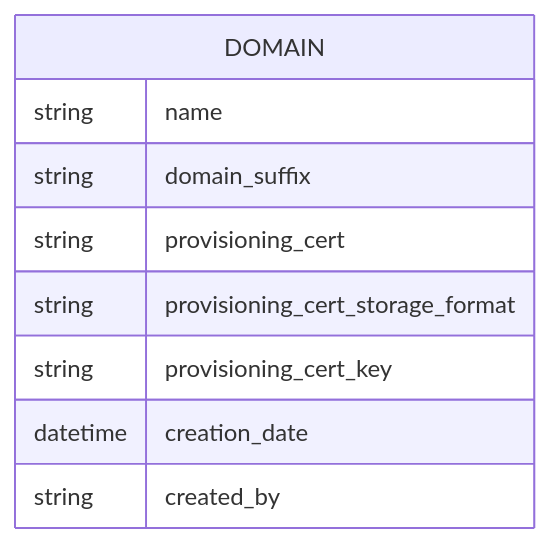
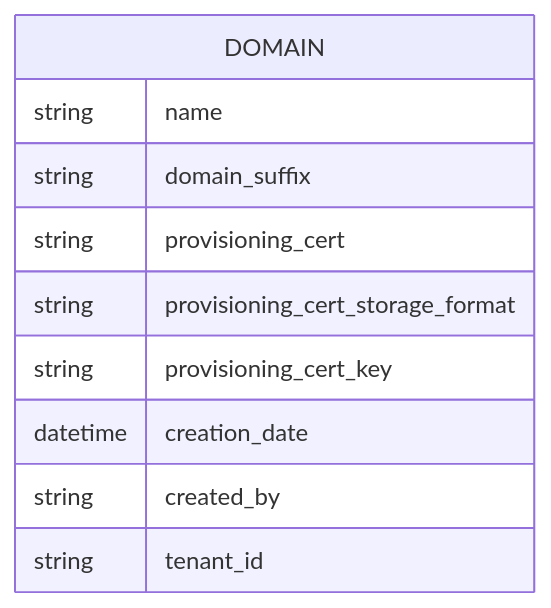
The first of 3 diagrams in docs/Deployment/database.md (open-amt-cloud-toolkit/docs), drawn with Mermaid before and after one commit. The commit also changed other lines of this file, not shown here.

Commit message:
fix(database): add missing fields to ciraconfigs and domains (#158)

````diff
--- a/docs/Deployment/database.md
+++ b/docs/Deployment/database.md
@@ -37,12 +37,13 @@
   ```mermaid
   erDiagram
       DOMAIN {
           string name
           string domain_suffix
           string provisioning_cert
           string provisioning_cert_storage_format
           string provisioning_cert_key
           datetime creation_date
           string created_by
+          string tenant_id
       }
   ```
````
